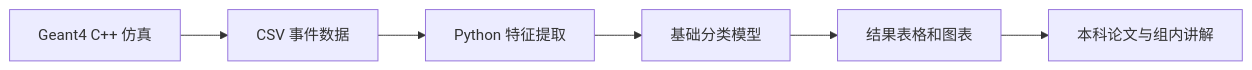
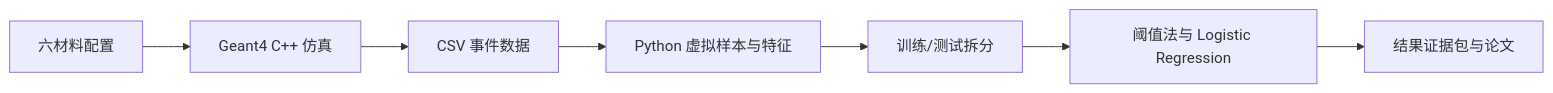
Before and after one commit to dydpop/xrt-sorter-geant4-undergrad-guide: the diagram in README.md, drawn with Mermaid. The commit also changed other lines of this file and 29 other files, not shown here.

````diff
--- a/README.md
+++ b/README.md
@@ -51,8 +53,9 @@
 ```mermaid
 flowchart LR
-    A["Geant4 C++ 仿真"] --> B["CSV 事件数据"]
-    B --> C["Python 特征提取"]
-    C --> D["基础分类模型"]
-    D --> E["结果表格和图表"]
-    E --> F["本科论文与组内讲解"]
+    A["六材料配置"] --> B["Geant4 C++ 仿真"]
+    B --> C["CSV 事件数据"]
+    C --> D["Python 虚拟样本与特征"]
+    D --> E["训练/测试拆分"]
+    E --> F["阈值法与 Logistic Regression"]
+    F --> G["结果证据包与论文"]
 ```
````
